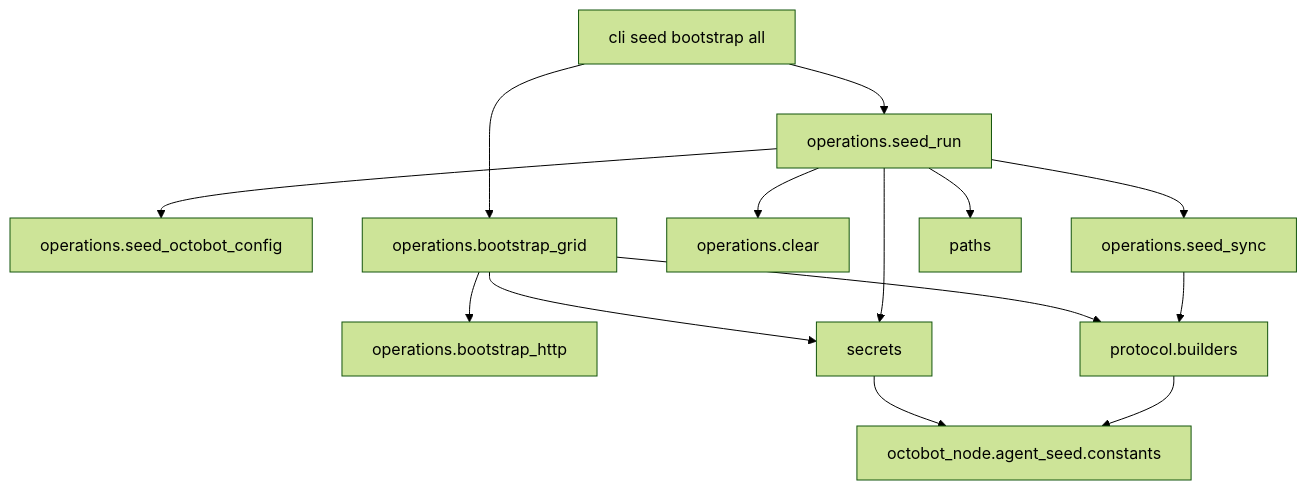
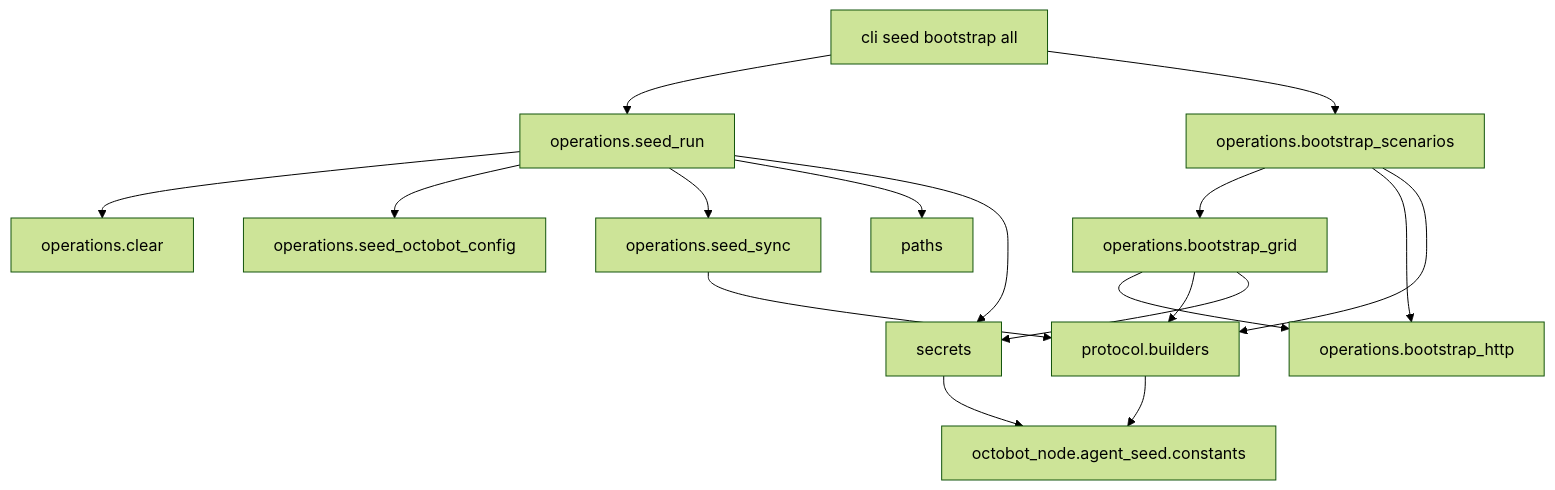
Before and after one commit to Drakkar-Software/OctoBot: the diagram in tools/agent_seed/ARCHITECTURE.md, drawn with Mermaid (forest theme). The commit also changed other lines of this file and 19 other files, not shown here.

First line of the commit message:
[AgentSeed] add index, completed and lifecycle bootstrap scenarios, binary smoke test

````diff
--- a/tools/agent_seed/ARCHITECTURE.md
+++ b/tools/agent_seed/ARCHITECTURE.md
@@ -13,28 +14,32 @@
 ```mermaid
 flowchart TB
   cli[cli seed bootstrap all]
   seedRun[operations.seed_run]
   seedOctobotConfig[operations.seed_octobot_config]
   seedSync[operations.seed_sync]
   clearOp[operations.clear]
   bootstrapGrid[operations.bootstrap_grid]
+  bootstrapScenarios[operations.bootstrap_scenarios]
   bootstrapHttp[operations.bootstrap_http]
   builders[protocol.builders]
   pathsMod[paths]
   secretsMod[secrets]
   nodeConstants[octobot_node.agent_seed.constants]
 
   cli --> seedRun
-  cli --> bootstrapGrid
+  cli --> bootstrapScenarios
+  bootstrapScenarios --> bootstrapGrid
+  bootstrapScenarios --> bootstrapHttp
+  bootstrapScenarios --> builders
   seedRun --> clearOp
   seedRun --> seedOctobotConfig
   seedRun --> seedSync
   seedRun --> pathsMod
   seedRun --> secretsMod
   seedSync --> builders
   bootstrapGrid --> bootstrapHttp
   bootstrapGrid --> builders
   bootstrapGrid --> secretsMod
   builders --> nodeConstants
   secretsMod --> nodeConstants
 ```
````
